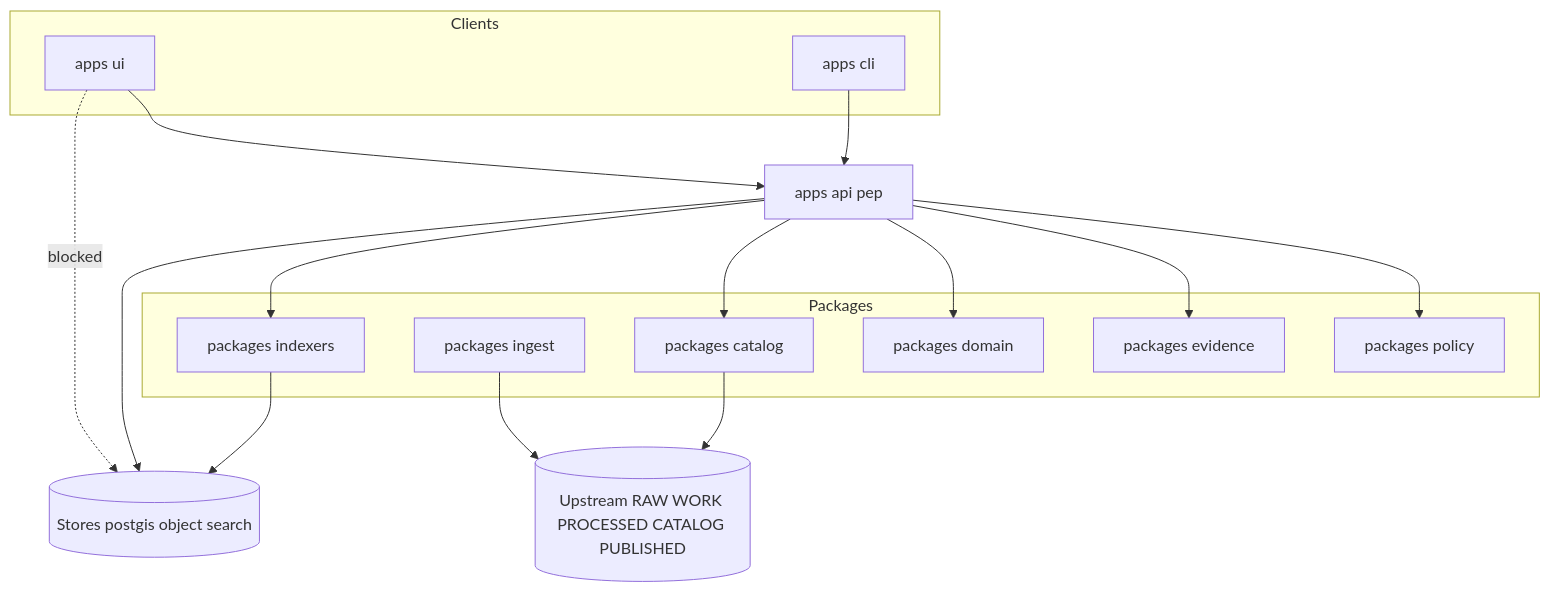
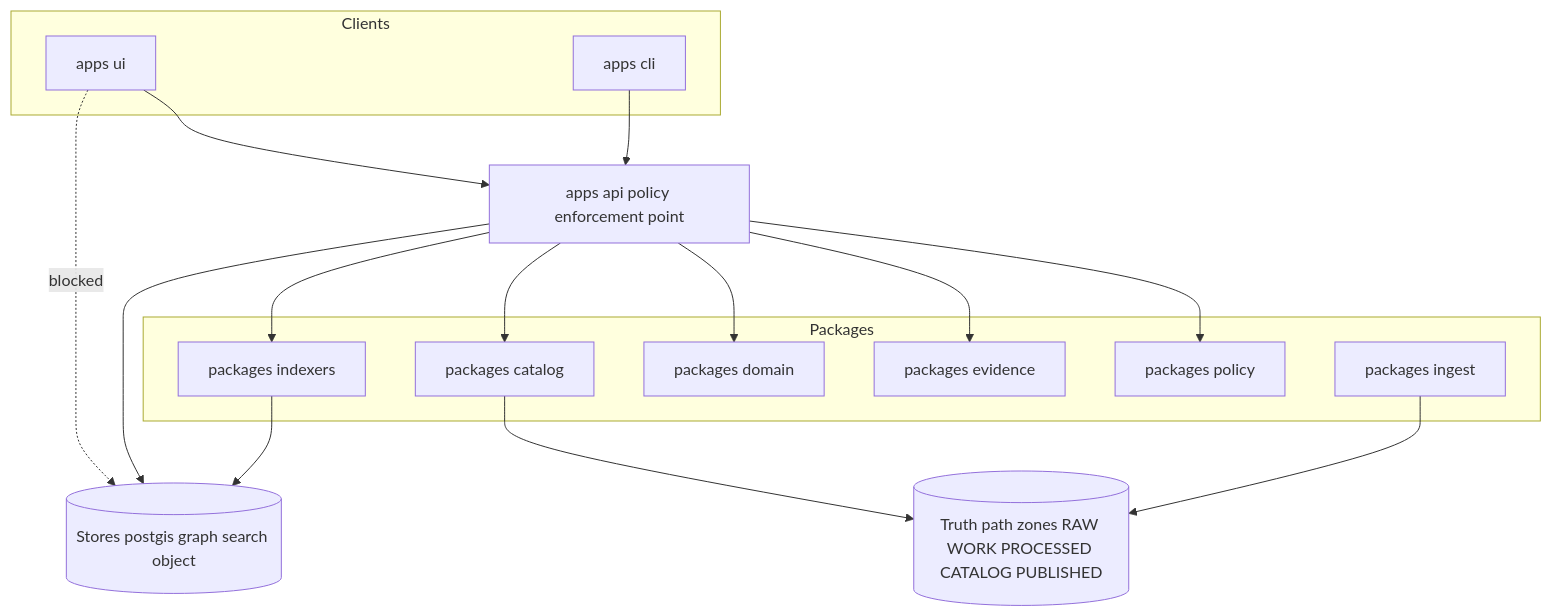
Before and after one commit to bartytime4life/Kansas-Frontier-Matrix: the diagram in packages/README.md, drawn with Mermaid. The commit also changed other lines of this file, not shown here.

````diff
--- a/packages/README.md
+++ b/packages/README.md
@@ -108,37 +210,37 @@
 ```mermaid
 flowchart TB
   subgraph Clients
     UI[apps ui]
     CLI[apps cli]
   end
 
-  API[apps api pep]
+  PEP[apps api policy enforcement point]
 
   subgraph Packages
     Domain[packages domain]
-    Ingest[packages ingest]
-    Catalog[packages catalog]
     Evidence[packages evidence]
     Policy[packages policy]
+    Catalog[packages catalog]
     Indexers[packages indexers]
+    Ingest[packages ingest]
   end
 
-  Zones[(Upstream RAW WORK PROCESSED CATALOG PUBLISHED)]
-  Stores[(Stores postgis object search)]
+  Zones[(Truth path zones RAW WORK PROCESSED CATALOG PUBLISHED)]
+  Stores[(Stores postgis graph search object)]
 
-  UI --> API
-  CLI --> API
+  UI --> PEP
+  CLI --> PEP
 
-  API --> Policy
-  API --> Evidence
-  API --> Domain
-  API --> Catalog
-  API --> Indexers
+  PEP --> Policy
+  PEP --> Evidence
+  PEP --> Domain
+  PEP --> Catalog
+  PEP --> Indexers
 
   Ingest --> Zones
   Catalog --> Zones
   Indexers --> Stores
-  API --> Stores
+  PEP --> Stores
 
   UI -. blocked .-> Stores
 ```
````
